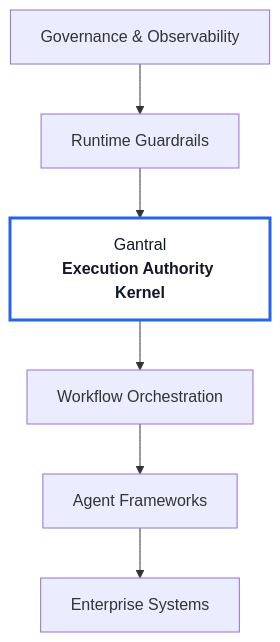
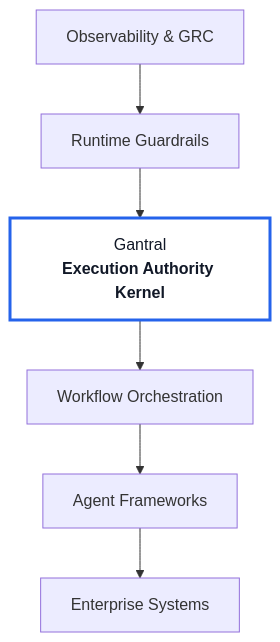
The diagram in profile/README.md (Rainminds/.github), drawn with Mermaid before and after one commit. The commit also changed other lines of this file, not shown here.

`````diff
--- a/profile/README.md
+++ b/profile/README.md
@@ -301,14 +332,14 @@
 ```mermaid
 flowchart TB
 
-   GRC[Governance & Observability]
+   GRC[Observability & GRC]
    Guardrails[Runtime Guardrails]
    Gantral[Gantral<br/><b>Execution Authority Kernel</b>]
    Orchestration[Workflow Orchestration]
    Agents[Agent Frameworks]
-   Tools[Enterprise Systems]
+   Systems[Enterprise Systems]
 
-   GRC --> Guardrails --> Gantral --> Orchestration --> Agents --> Tools
+   GRC --> Guardrails --> Gantral --> Orchestration --> Agents --> Systems
 
    style Gantral fill:#ffffff,stroke:#2563eb,stroke-width:3px,color:#111827
 ````
`````
